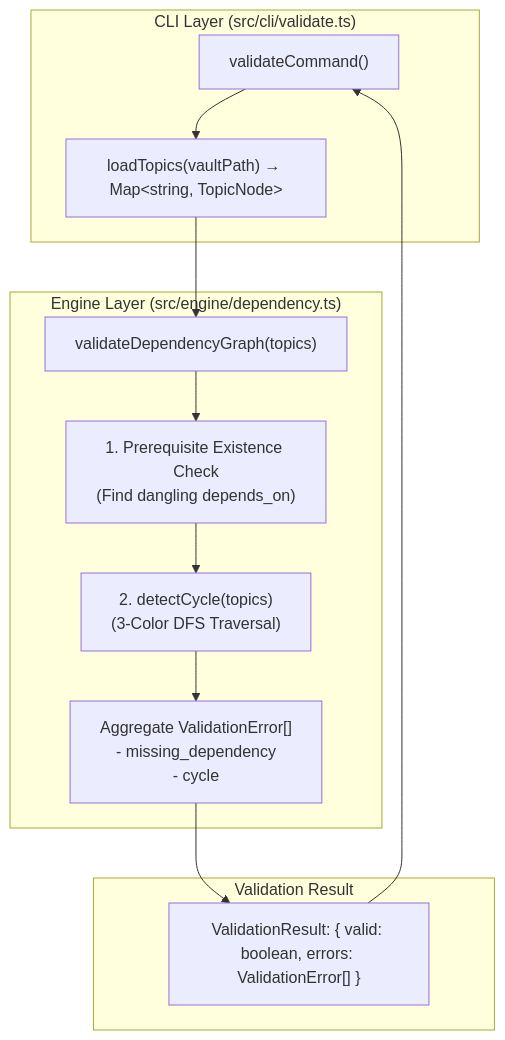
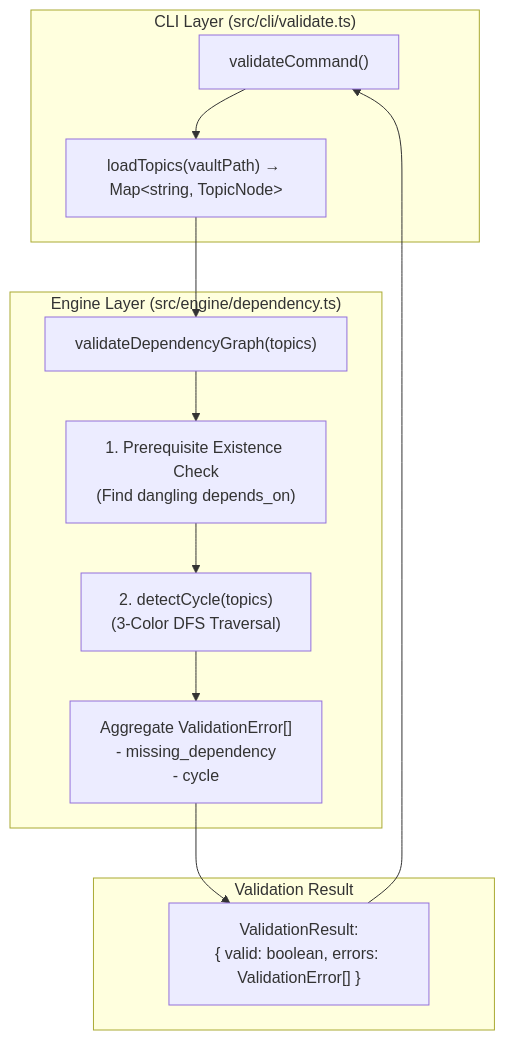
One commit to Kuldeep2822k/cli changed the third of 3 diagrams in docs/03-2-dependency-graph-engine.md. Above: the diagram before and after it, drawn with Mermaid. The commit also changed other lines of this file and 22 other files, not shown here.

First line of the commit message:
docs: resolve documentation audit drift, navigation gaps, and diagram layouts (#189)

````diff
--- a/docs/03-2-dependency-graph-engine.md
+++ b/docs/03-2-dependency-graph-engine.md
@@ -191,26 +191,26 @@
 ```mermaid
 flowchart TD
     subgraph CLI ["CLI Layer (src/cli/validate.ts)"]
         VC["validateCommand()"]
         Load["loadTopics(vaultPath) &rarr; Map&lt;string, TopicNode&gt;"]
     end
 
     subgraph Engine ["Engine Layer (src/engine/dependency.ts)"]
         VDG["validateDependencyGraph(topics)"]
         CheckDangling["1. Prerequisite Existence Check<br/>(Find dangling depends_on)"]
         RunDFS["2. detectCycle(topics)<br/>(3-Color DFS Traversal)"]
         CollectErrors["Aggregate ValidationError[]<br/>- missing_dependency<br/>- cycle"]
     end
 
     subgraph Result ["Validation Result"]
-        VResult["ValidationResult: { valid: boolean, errors: ValidationError[] }"]
+        VResult["ValidationResult:<br/>{ valid: boolean, errors: ValidationError[] }"]
     end
 
     VC --> Load
     Load --> VDG
     VDG --> CheckDangling
     CheckDangling --> RunDFS
     RunDFS --> CollectErrors
     CollectErrors --> VResult
     VResult --> VC
 ```
````
